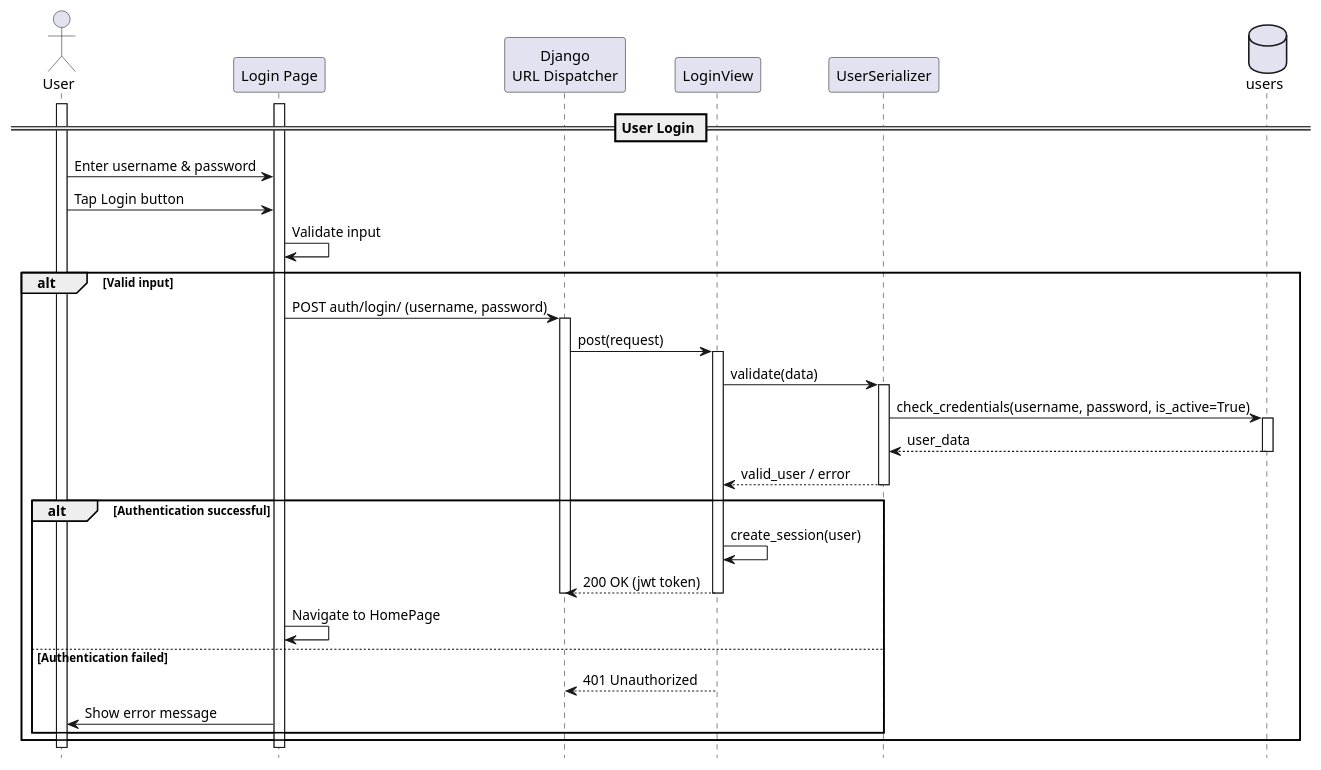
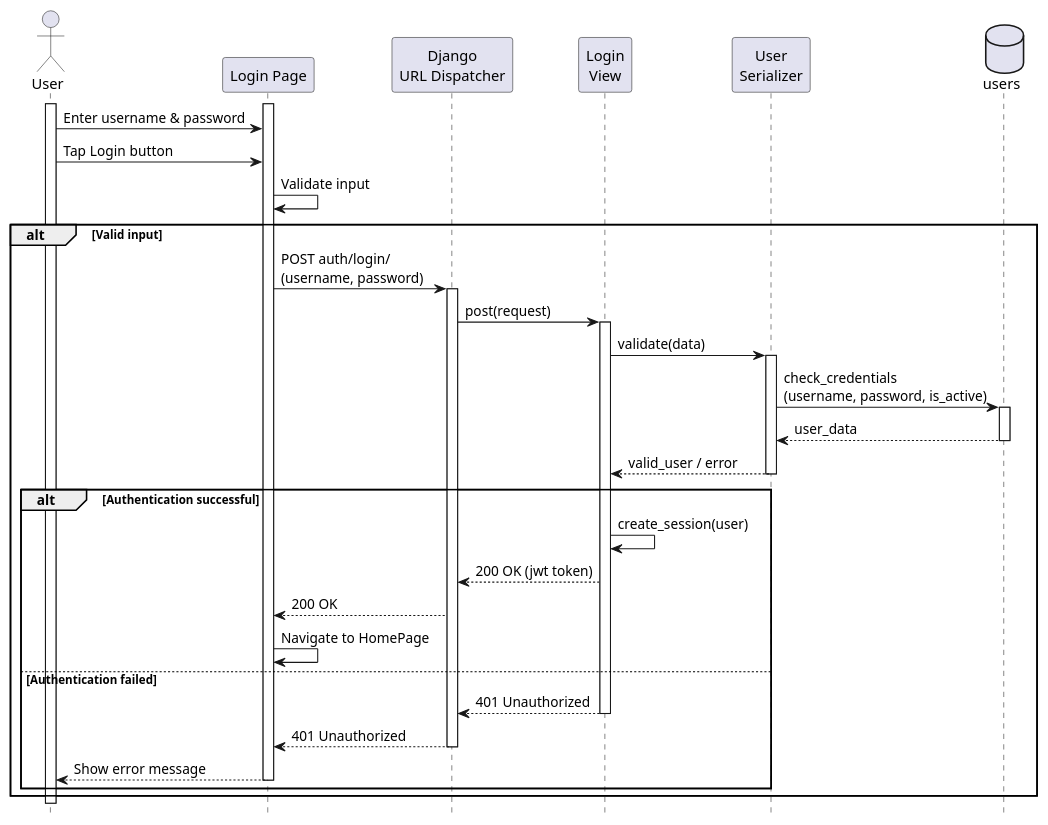
Before and after one commit to KMITL-BusBuddy/diagram: the diagram in registration/login.puml, drawn with PlantUML. The commit also changed 8 other files, not shown here.

Commit message:
modular diagram

```diff
--- a/registration/login.puml
+++ b/registration/login.puml
@@ -1,58 +1,55 @@
 @startuml user_login
 
 hide footbox
 
 actor User
 participant "Login Page" as UI
 participant "Django\nURL Dispatcher" as API
-participant "LoginView" as view_login
-participant "UserSerializer" as serializer_user
+participant "Login\nView" as view_login
+participant "User\nSerializer" as serializer_user
 database "users" as table_users
 
-== User Login ==
 activate User
 activate UI
 User -> UI: Enter username & password
 User -> UI: Tap Login button
 
 UI -> UI: Validate input
 
 alt Valid input
-    UI -> API: POST auth/login/ (username, password)
+    UI -> API: POST auth/login/ \n(username, password)
     activate API
 
     API -> view_login: post(request)
     activate view_login
 
     view_login -> serializer_user: validate(data)
     activate serializer_user
 
-    serializer_user -> table_users: check_credentials(username, password, is_active=True)
+    serializer_user -> table_users: check_credentials \n(username, password, is_active)
     activate table_users
 
     table_users --> serializer_user: user_data
     deactivate table_users
 
     serializer_user --> view_login: valid_user / error
     deactivate serializer_user
 
     alt Authentication successful
         view_login -> view_login: create_session(user)
         view_login --> API: 200 OK (jwt token)
-        deactivate view_login
-        deactivate API
-
+        API --> UI: 200 OK
         UI -> UI: Navigate to HomePage
     else Authentication failed
         view_login --> API: 401 Unauthorized
         deactivate view_login
+        API --> UI: 401 Unauthorized
         deactivate API
-
-        UI -> User: Show error message
+        UI --> User: Show error message
+        deactivate UI
     end
 end
 
-deactivate UI
 deactivate User
 
 @enduml
```
